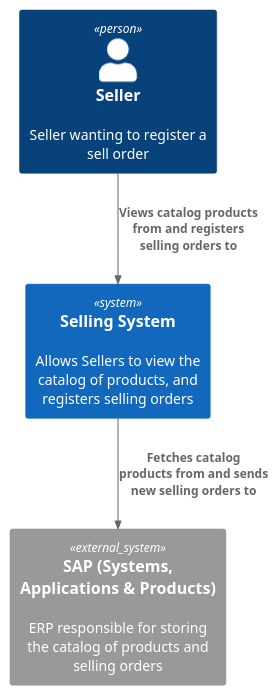
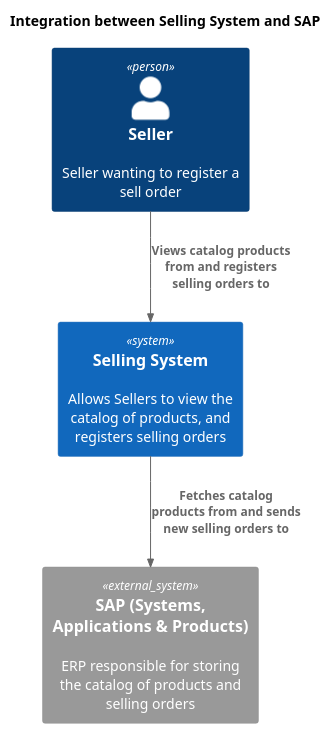
One commit to guilherme-vp/selling-project-c4-diagram changed the diagram in c1.puml. Above: the diagram before and after it, drawn with PlantUML.

Commit message:
add title to c1 diagram

```diff
--- a/c1.puml
+++ b/c1.puml
@@ -1,13 +1,15 @@
 @startuml Components
 !include https://raw.githubusercontent.com/plantuml-stdlib/C4-PlantUML/master/C4_Container.puml
+
+title Integration between Selling System and SAP
 
 ' Entities
 Person(seller, "Seller", "Seller wanting to register a sell order")
 System(selling, "Selling System", "Allows Sellers to view the catalog of products, and registers selling orders")
 System_Ext(sap, "SAP (Systems, Applications & Products)", "ERP responsible for storing the catalog of products and selling orders")
 
 ' Relationships
 Rel(seller, selling, "Views catalog products from and registers selling orders to")
 Rel(selling, sap, "Fetches catalog products from and sends new selling orders to")
 
 @enduml
```
